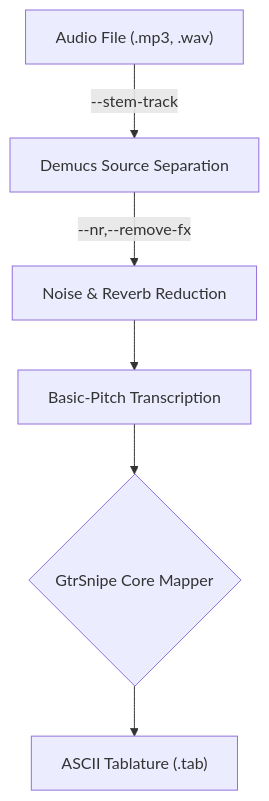
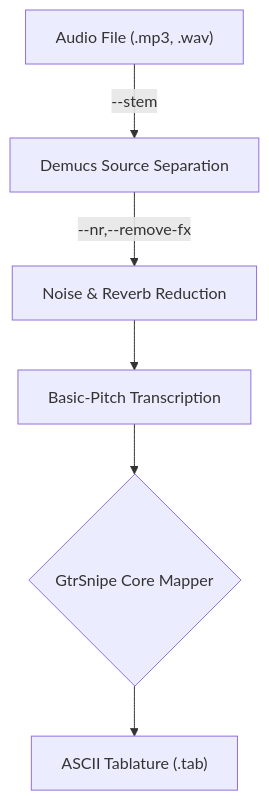
The diagram in README.md (scottvr/gtrsnipe), drawn with Mermaid before and after one commit. The commit also changed other lines of this file, not shown here.

````diff
--- a/README.md
+++ b/README.md
@@ -23,8 +23,8 @@
 ```mermaid
 flowchart TD
-    A["Audio File (.mp3, .wav)"] -->|"--stem-track"| B["Demucs Source Separation"]
+    A["Audio File (.mp3, .wav)"] -->|"--stem"| B["Demucs Source Separation"]
     B -->|"--nr,--remove-fx"| C["Noise & Reverb Reduction"]
     C --> D["Basic-Pitch Transcription"]
     D --> E{"GtrSnipe Core Mapper"}
     E --> F["ASCII Tablature (.tab)"]
 ```
````
